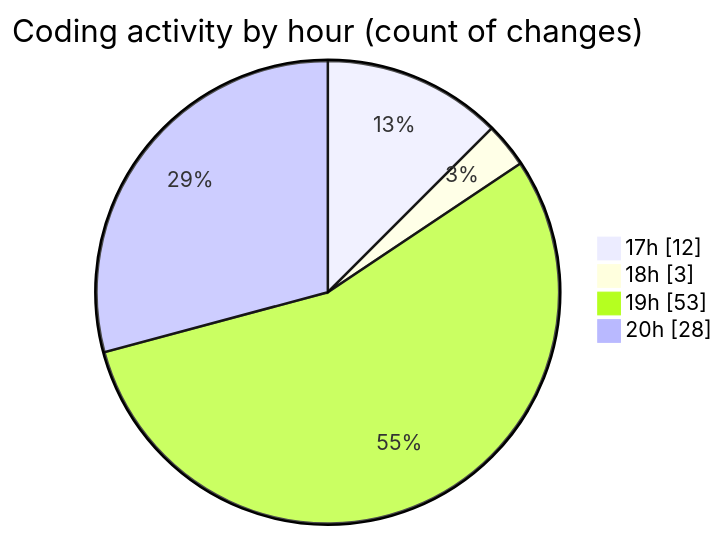
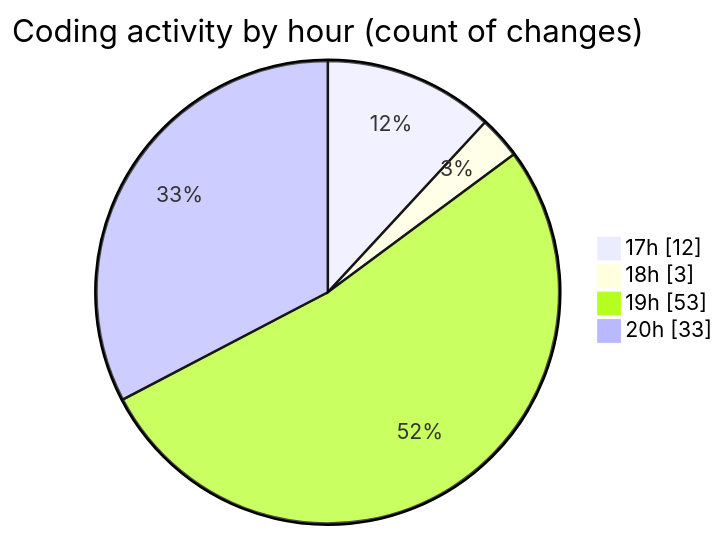
The second of 2 diagrams in 2025-06-19/scopecraft/README.md (Ritupan-Deka/code-tracking), drawn with Mermaid before and after one commit. The commit also changed other lines of this file and 1 other file, not shown here.

````diff
--- a/2025-06-19/scopecraft/README.md
+++ b/2025-06-19/scopecraft/README.md
@@ -44,8 +44,8 @@
 ```mermaid
 pie showData
 title Coding activity by hour (count of changes)
 "17h" : 12
 "18h" : 3
 "19h" : 53
-"20h" : 28
+"20h" : 33
 ```
````
